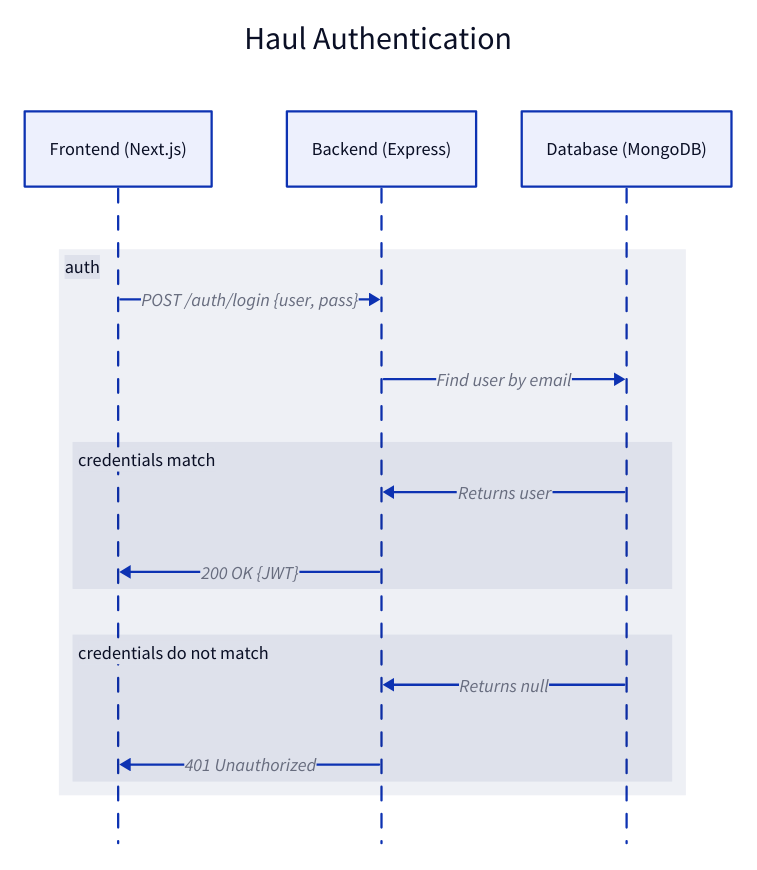
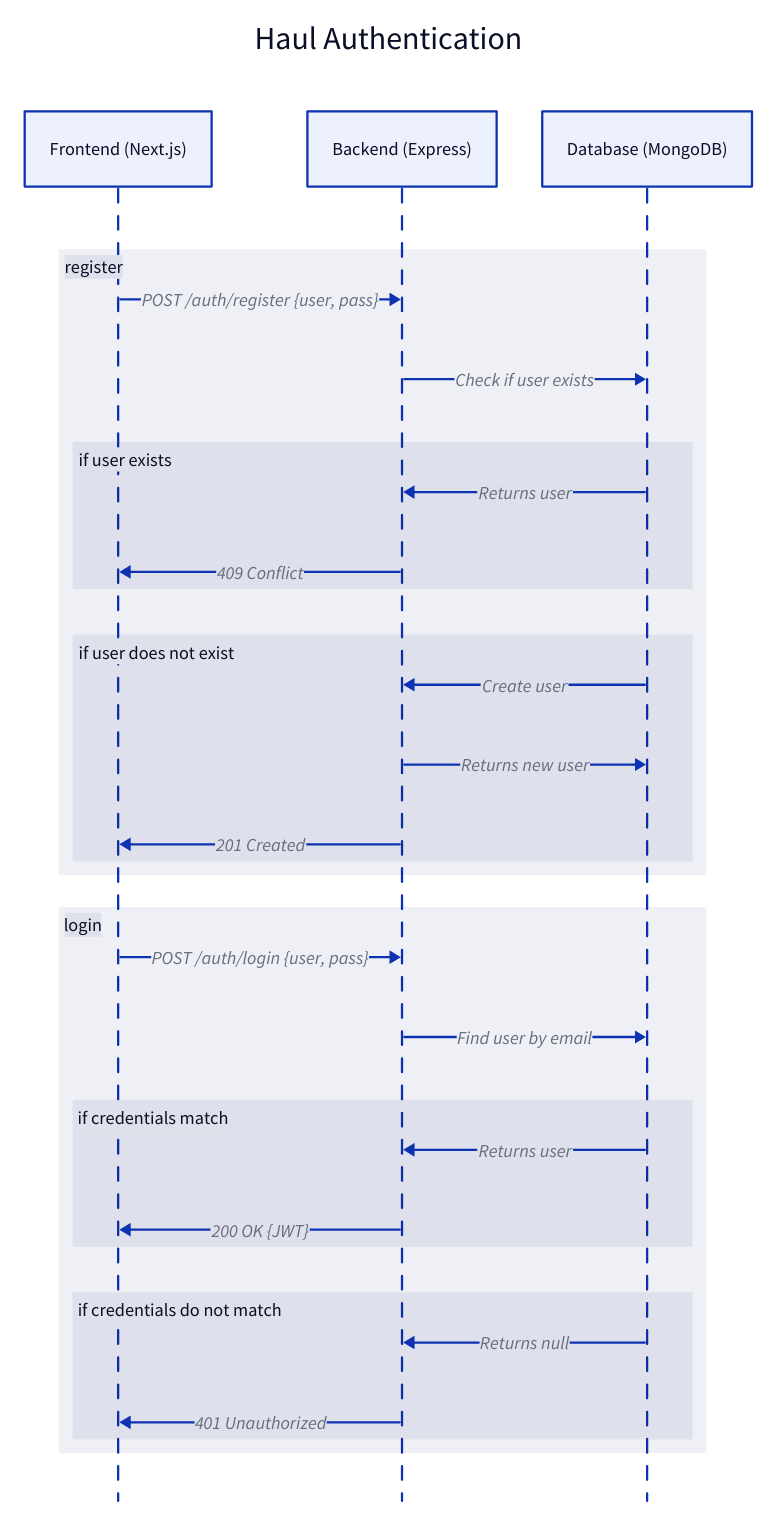
Before and after one commit to samsolano/haul: the diagram in docs/backend-diagram.d2, drawn with D2.

Commit message:
Include registration in diagram

```diff
--- a/docs/backend-diagram.d2
+++ b/docs/backend-diagram.d2
@@ -1,21 +1,36 @@
 Haul Authentication: {
   shape: sequence_diagram
 
-  client: Frontend (Next.js)
-  server: Backend (Express)
-  db: Database (MongoDB)
+  client: "Frontend (Next.js)"
+  server: "Backend (Express)"
+  db: "Database (MongoDB)"
 
-  auth: {
+  register: {
+    client -> server: "POST /auth/register {user, pass}"
+    server -> db: "Check if user exists"
+
+    if: "if user exists" {
+      db -> server: "Returns user"
+      server -> client: "409 Conflict"
+    }
+    else: "if user does not exist" {
+      db -> server: "Create user"
+      server -> db: "Returns new user"
+      server -> client: "201 Created"
+    }
+  }
+
+  login: {
     client -> server: "POST /auth/login {user, pass}"
     server -> db: "Find user by email"
 
-    if: "credentials match" {
+    if: "if credentials match" {
       db -> server: "Returns user"
       server -> client: "200 OK {JWT}"
     }
-    else: "credentials do not match" {
+    else: "if credentials do not match" {
       db -> server: "Returns null"
       server -> client: "401 Unauthorized"
     }
   }
 }
```
